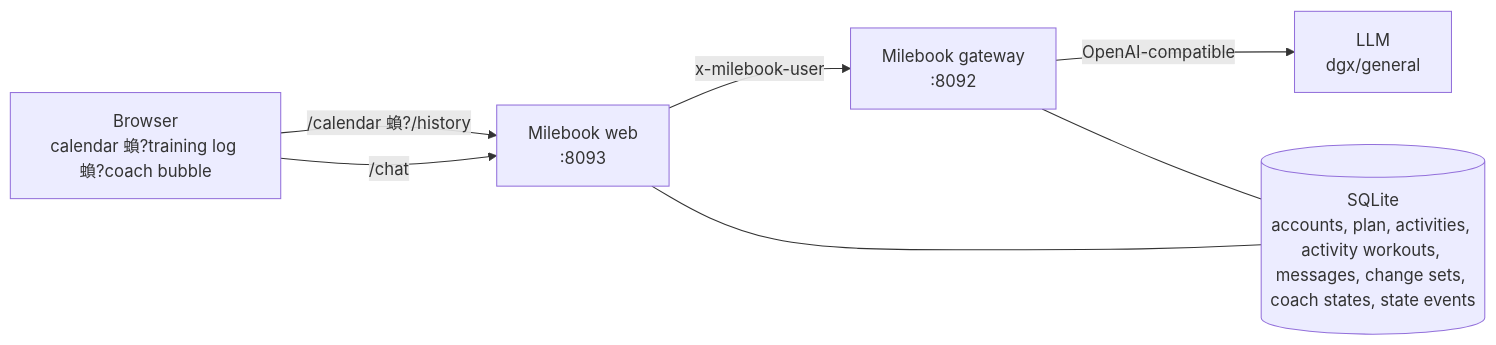
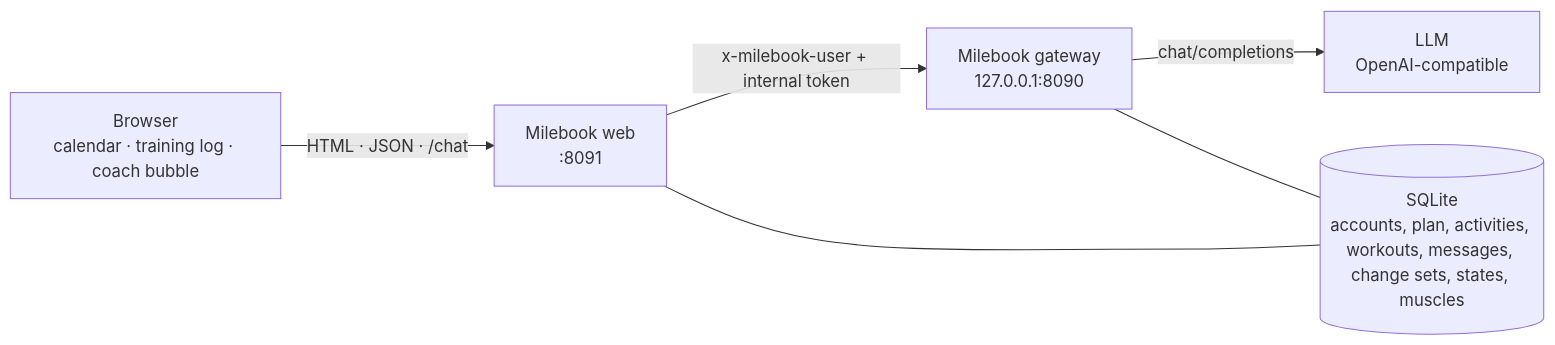
One commit to nkyang10/training-planner-3 changed the diagram in README.md. Above: the diagram before and after it, drawn with Mermaid. The commit also changed other lines of this file and 305 other files, not shown here.

````diff
--- a/README.md
+++ b/README.md
@@ -267,15 +144,14 @@
 ```mermaid
 flowchart LR
-    B["Browser<br/>calendar 蝜?training log 蝜?coach bubble"]
-    W["Milebook web<br/>:8093"]
-    G["Milebook gateway<br/>:8092"]
-    M["LLM<br/>dgx/general"]
-    S[("SQLite<br/>accounts, plan, activities, activity workouts, messages, change sets, coach states, state events")]
+    B["Browser<br/>calendar · training log · coach bubble"]
+    W["Milebook web<br/>:8091"]
+    G["Milebook gateway<br/>127.0.0.1:8090"]
+    M["LLM<br/>OpenAI-compatible"]
+    S[("SQLite<br/>accounts, plan, activities, workouts, messages, change sets, states, muscles")]
 
-    B -->|"/calendar 蝜?/history"| W
-    B -->|"/chat"| W
-    W -->|"x-milebook-user"| G
-    G -->|"OpenAI-compatible"| M
+    B -->|"HTML · JSON · /chat"| W
+    W -->|"x-milebook-user + internal token"| G
+    G -->|"chat/completions"| M
     W --- S
     G --- S
 ```
````
